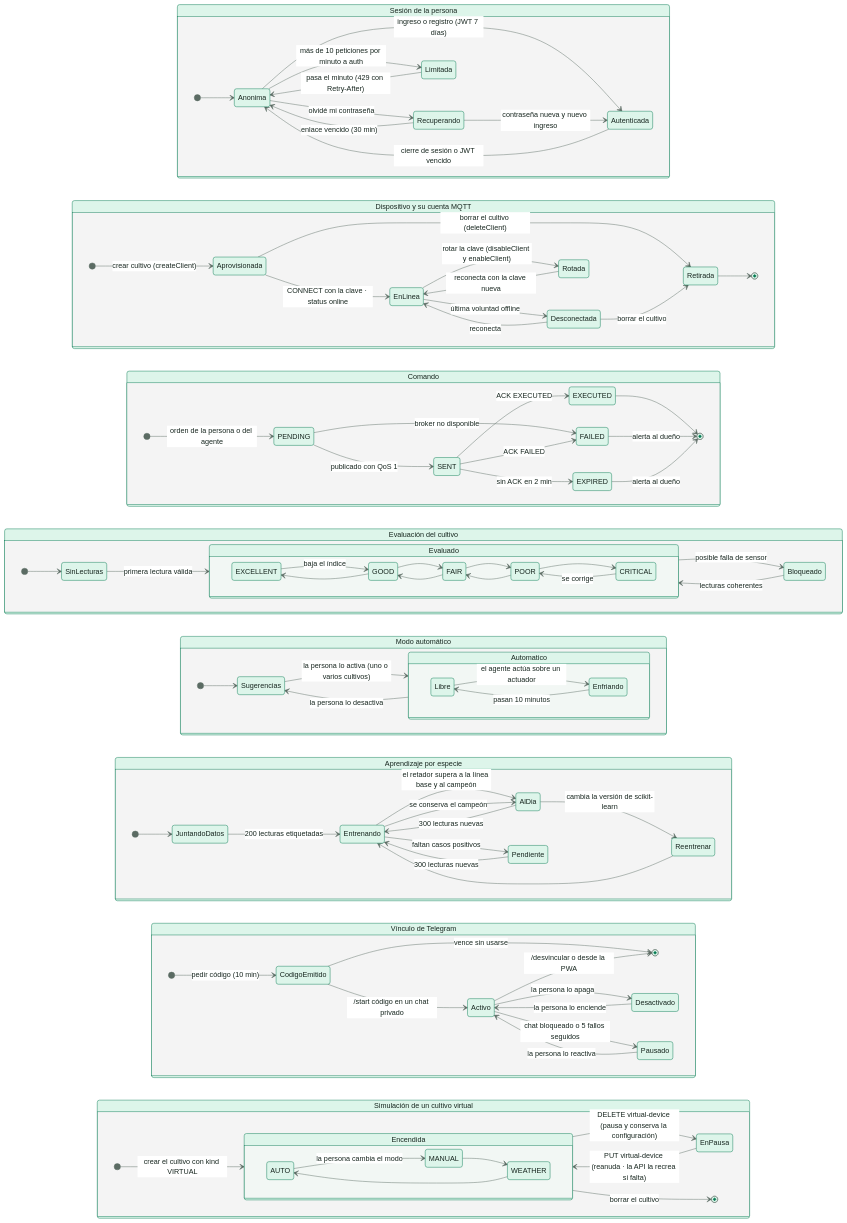
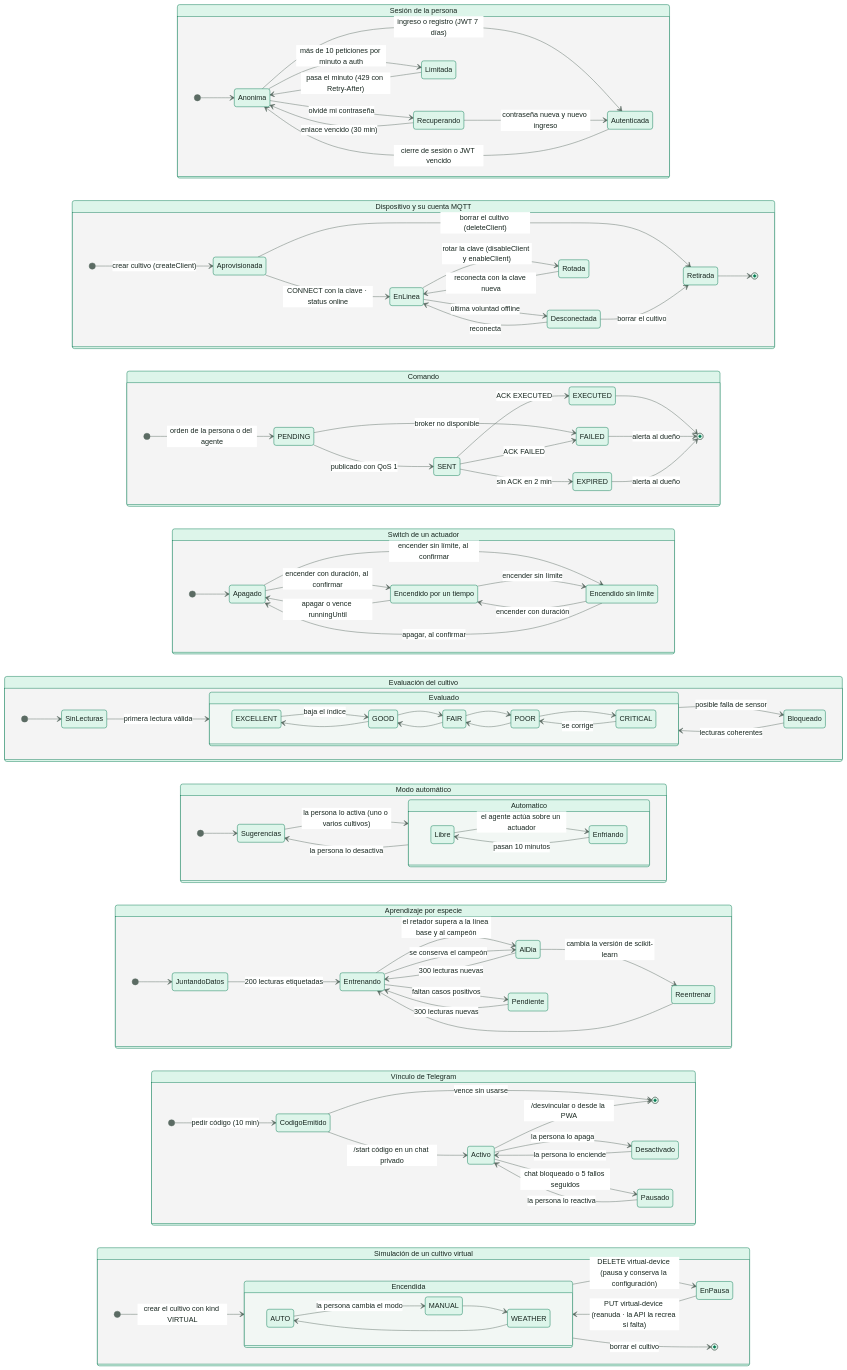
Before and after one commit to SmartPotTech/.github: the diagram in docs/diagrams/SmartPot_Global_05_State_Machines.mmd, drawn with Mermaid.

Commit message:
Add the actuator switch to the global state machines
Off, timed and unlimited states with the transitions confirmed by the device.

```diff
--- a/docs/diagrams/SmartPot_Global_05_State_Machines.mmd
+++ b/docs/diagrams/SmartPot_Global_05_State_Machines.mmd
@@ -1,111 +1,125 @@
 %%{init: {"theme": "base", "fontFamily": "Segoe UI, Arial, sans-serif", "themeVariables": {"fontFamily": "Segoe UI, Arial, sans-serif", "fontSize": "16px", "primaryColor": "#DDF5EA", "primaryTextColor": "#17261F", "primaryBorderColor": "#067A52", "secondaryColor": "#E3F2FB", "secondaryTextColor": "#17261F", "secondaryBorderColor": "#1F6FA0", "tertiaryColor": "#F2F7F4", "tertiaryTextColor": "#17261F", "tertiaryBorderColor": "#D5E3DC", "lineColor": "#5B6B63", "textColor": "#17261F", "mainBkg": "#DDF5EA", "nodeBorder": "#067A52", "clusterBkg": "#F7FAF8", "clusterBorder": "#D5E3DC", "edgeLabelBackground": "#FFFFFF", "actorBkg": "#067A52", "actorBorder": "#0B3D2B", "actorTextColor": "#FFFFFF", "actorLineColor": "#5B6B63", "signalColor": "#17261F", "signalTextColor": "#17261F", "labelBoxBkgColor": "#0B3D2B", "labelBoxBorderColor": "#0B3D2B", "labelTextColor": "#FFFFFF", "loopTextColor": "#0B3D2B", "noteBkgColor": "#FDF4DD", "noteBorderColor": "#C98D12", "noteTextColor": "#17261F", "activationBkgColor": "#DDF5EA", "activationBorderColor": "#067A52", "attributeBackgroundColorOdd": "#FFFFFF", "attributeBackgroundColorEven": "#F2F7F4"}, "state": {"useMaxWidth": false}}}%%
 stateDiagram-v2
   direction LR
 
   state "Sesión de la persona" as sesion {
     direction LR
     [*] --> Anonima
     Anonima --> Autenticada : ingreso o registro (JWT 7 días)
     Autenticada --> Anonima : cierre de sesión o JWT vencido
     Anonima --> Recuperando : olvidé mi contraseña
     Recuperando --> Anonima : enlace vencido (30 min)
     Recuperando --> Autenticada : contraseña nueva y nuevo ingreso
     Anonima --> Limitada : más de 10 peticiones por minuto a auth
     Limitada --> Anonima : pasa el minuto (429 con Retry-After)
   }
 
   state "Dispositivo y su cuenta MQTT" as maceta {
     direction LR
     [*] --> Aprovisionada : crear cultivo (createClient)
     Aprovisionada --> EnLinea : CONNECT con la clave · status online
     EnLinea --> Desconectada : última voluntad offline
     Desconectada --> EnLinea : reconecta
     EnLinea --> Rotada : rotar la clave (disableClient y enableClient)
     Rotada --> EnLinea : reconecta con la clave nueva
     Aprovisionada --> Retirada : borrar el cultivo (deleteClient)
     Desconectada --> Retirada : borrar el cultivo
     Retirada --> [*]
   }
 
   state "Comando" as comando {
     direction LR
     [*] --> PENDING : orden de la persona o del agente
     PENDING --> SENT : publicado con QoS 1
     PENDING --> FAILED : broker no disponible
     SENT --> EXECUTED : ACK EXECUTED
     SENT --> FAILED : ACK FAILED
     SENT --> EXPIRED : sin ACK en 2 min
     EXECUTED --> [*]
     FAILED --> [*] : alerta al dueño
     EXPIRED --> [*] : alerta al dueño
+  }
+
+  state "Switch de un actuador" as switch {
+    direction LR
+    state "Apagado" as SwitchOff
+    state "Encendido por un tiempo" as SwitchTimed
+    state "Encendido sin límite" as SwitchUnlimited
+    [*] --> SwitchOff
+    SwitchOff --> SwitchTimed : encender con duración, al confirmar
+    SwitchOff --> SwitchUnlimited : encender sin límite, al confirmar
+    SwitchTimed --> SwitchOff : apagar o vence runningUntil
+    SwitchTimed --> SwitchUnlimited : encender sin límite
+    SwitchUnlimited --> SwitchTimed : encender con duración
+    SwitchUnlimited --> SwitchOff : apagar, al confirmar
   }
 
   state "Evaluación del cultivo" as salud {
     direction LR
     [*] --> SinLecturas
     SinLecturas --> Evaluado : primera lectura válida
     state Evaluado {
       direction LR
       EXCELLENT --> GOOD : baja el índice
       GOOD --> FAIR
       FAIR --> POOR
       POOR --> CRITICAL
       CRITICAL --> POOR : se corrige
       POOR --> FAIR
       FAIR --> GOOD
       GOOD --> EXCELLENT
     }
     Evaluado --> Bloqueado : posible falla de sensor
     Bloqueado --> Evaluado : lecturas coherentes
   }
 
   state "Modo automático" as automatico {
     direction LR
     [*] --> Sugerencias
     Sugerencias --> Automatico : la persona lo activa (uno o varios cultivos)
     Automatico --> Sugerencias : la persona lo desactiva
     state Automatico {
       direction LR
       Libre --> Enfriando : el agente actúa sobre un actuador
       Enfriando --> Libre : pasan 10 minutos
     }
   }
 
   state "Aprendizaje por especie" as aprendizaje {
     direction LR
     [*] --> JuntandoDatos
     JuntandoDatos --> Entrenando : 200 lecturas etiquetadas
     Entrenando --> AlDia : el retador supera a la línea base y al campeón
     Entrenando --> Pendiente : faltan casos positivos
     Entrenando --> AlDia : se conserva el campeón
     AlDia --> Entrenando : 300 lecturas nuevas
     Pendiente --> Entrenando : 300 lecturas nuevas
     AlDia --> Reentrenar : cambia la versión de scikit-learn
     Reentrenar --> Entrenando
   }
 
   state "Vínculo de Telegram" as telegram {
     direction LR
     [*] --> CodigoEmitido : pedir código (10 min)
     CodigoEmitido --> [*] : vence sin usarse
     CodigoEmitido --> Activo : /start código en un chat privado
     Activo --> Desactivado : la persona lo apaga
     Desactivado --> Activo : la persona lo enciende
     Activo --> Pausado : chat bloqueado o 5 fallos seguidos
     Pausado --> Activo : la persona lo reactiva
     Activo --> [*] : /desvincular o desde la PWA
   }
 
   state "Simulación de un cultivo virtual" as virtual {
     direction LR
     [*] --> Encendida : crear el cultivo con kind VIRTUAL
     EnPausa --> Encendida : PUT virtual-device (reanuda · la API la recrea si falta)
     state Encendida {
       direction LR
       AUTO --> MANUAL : la persona cambia el modo
       MANUAL --> WEATHER
       WEATHER --> AUTO
     }
     Encendida --> EnPausa : DELETE virtual-device (pausa y conserva la configuración)
     Encendida --> [*] : borrar el cultivo
   }
```
